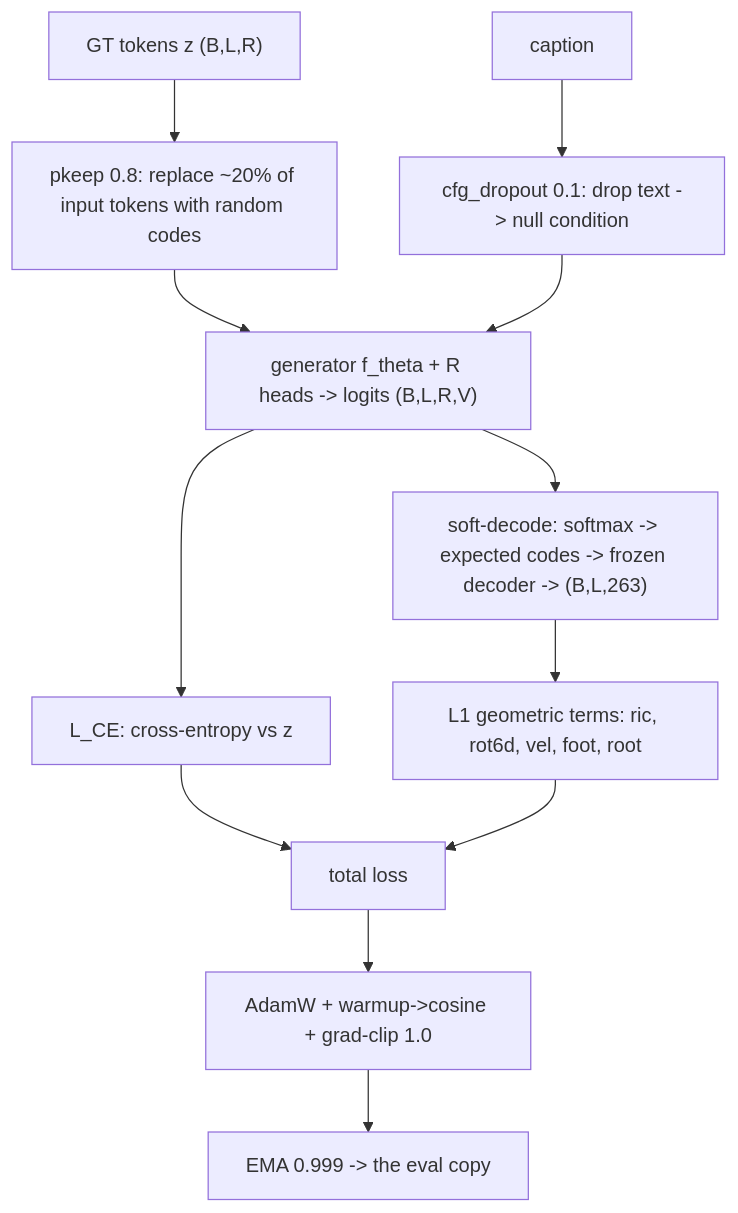
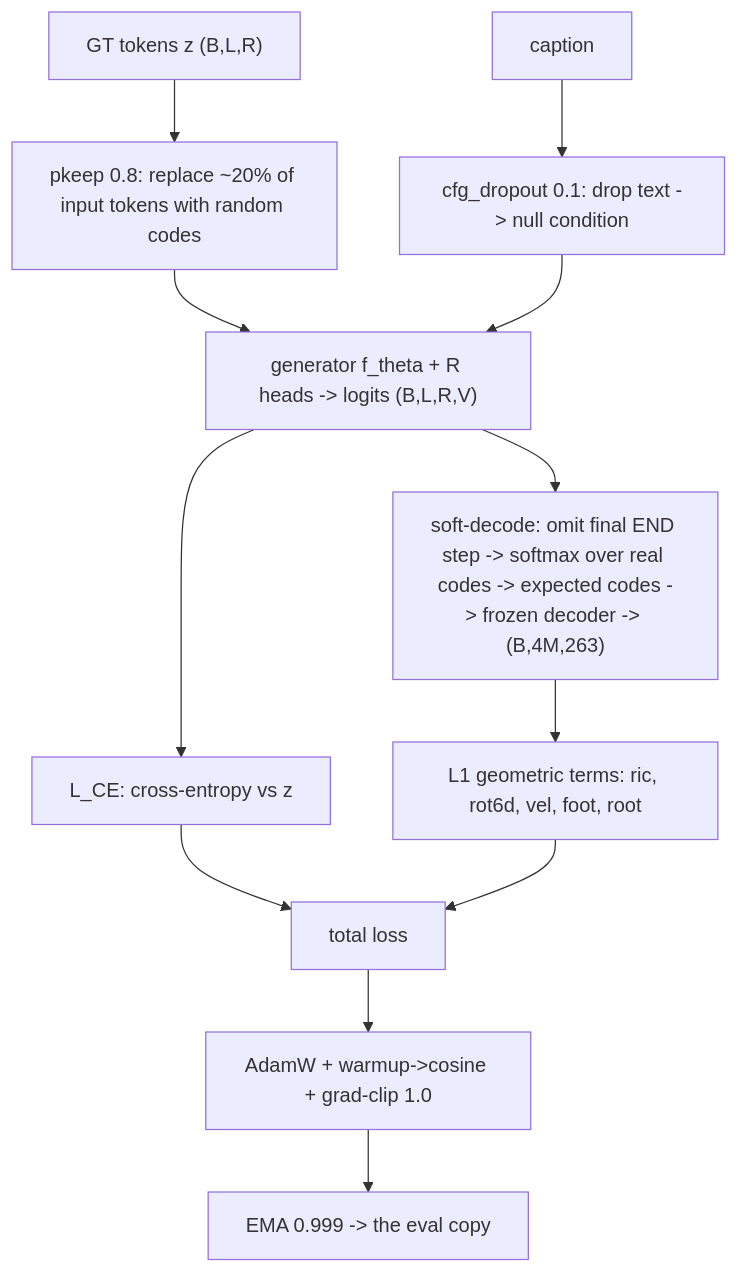
One commit to CatalinButacu/GenAI-Text2Motion changed the diagram in doc/notes/lessons/B-escaping-the-plateau.md. Above: the diagram before and after it, drawn with Mermaid. The commit also changed other lines of this file and 24 other files, not shown here.

````diff
--- a/doc/notes/lessons/B-escaping-the-plateau.md
+++ b/doc/notes/lessons/B-escaping-the-plateau.md
@@ -10,14 +11,14 @@
 ```mermaid
 flowchart TB
   GT["GT tokens z (B,L,R)"] --> PK["pkeep 0.8: replace ~20% of input tokens with random codes"]
   TXT["caption"] --> CD["cfg_dropout 0.1: drop text -> null condition"]
   PK --> GEN["generator f_theta + R heads -> logits (B,L,R,V)"]
   CD --> GEN
   GEN --> CE["L_CE: cross-entropy vs z"]
-  GEN --> SD["soft-decode: softmax -> expected codes -> frozen decoder -> (B,L,263)"]
+  GEN --> SD["soft-decode: omit final END step -> softmax over real codes -> expected codes -> frozen decoder -> (B,4M,263)"]
   SD --> GEO["L1 geometric terms: ric, rot6d, vel, foot, root"]
   CE --> TOT["total loss"]
   GEO --> TOT
   TOT --> OPT["AdamW + warmup->cosine + grad-clip 1.0"]
   OPT --> EMA["EMA 0.999 -> the eval copy"]
 ```
````
